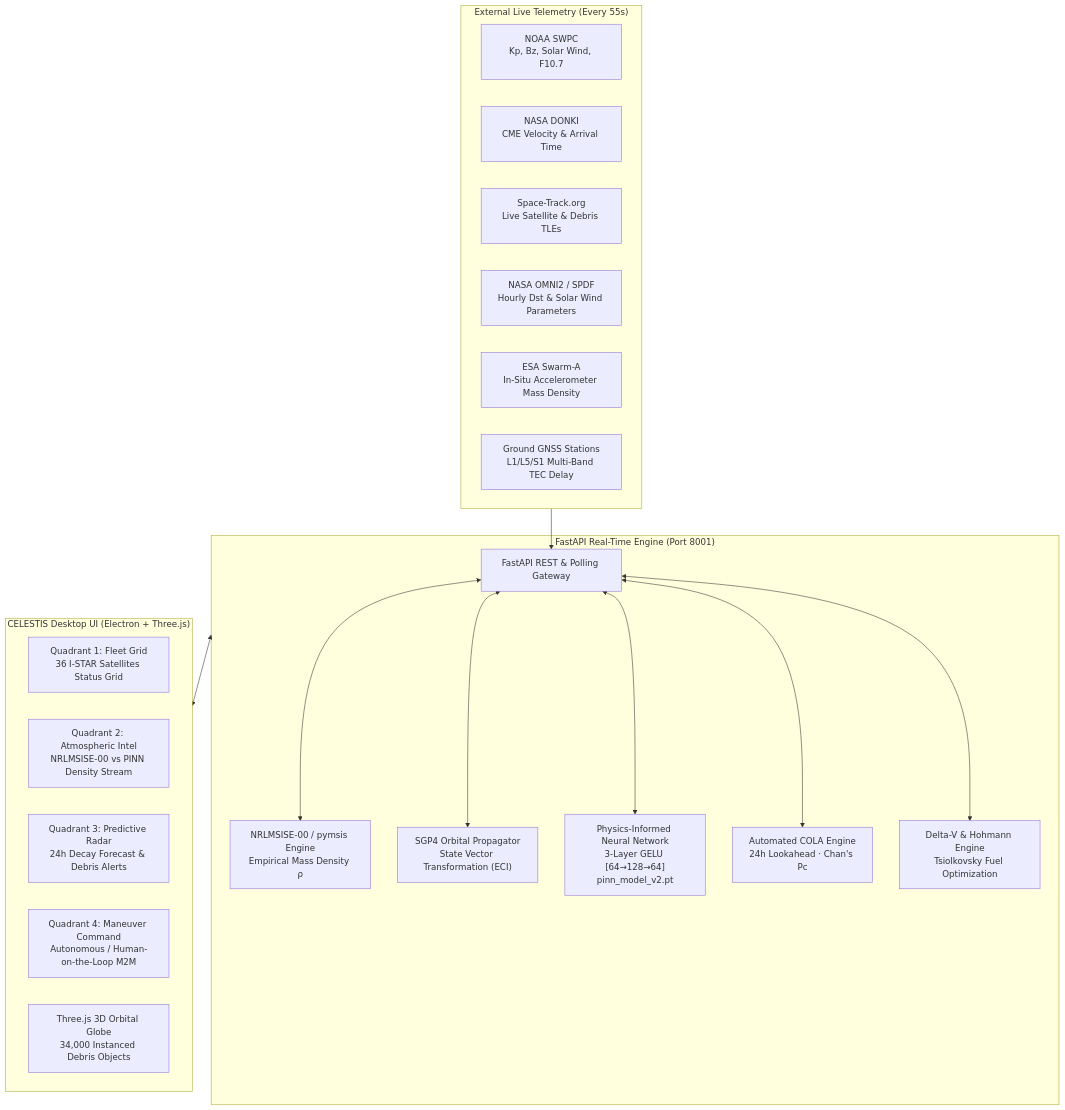
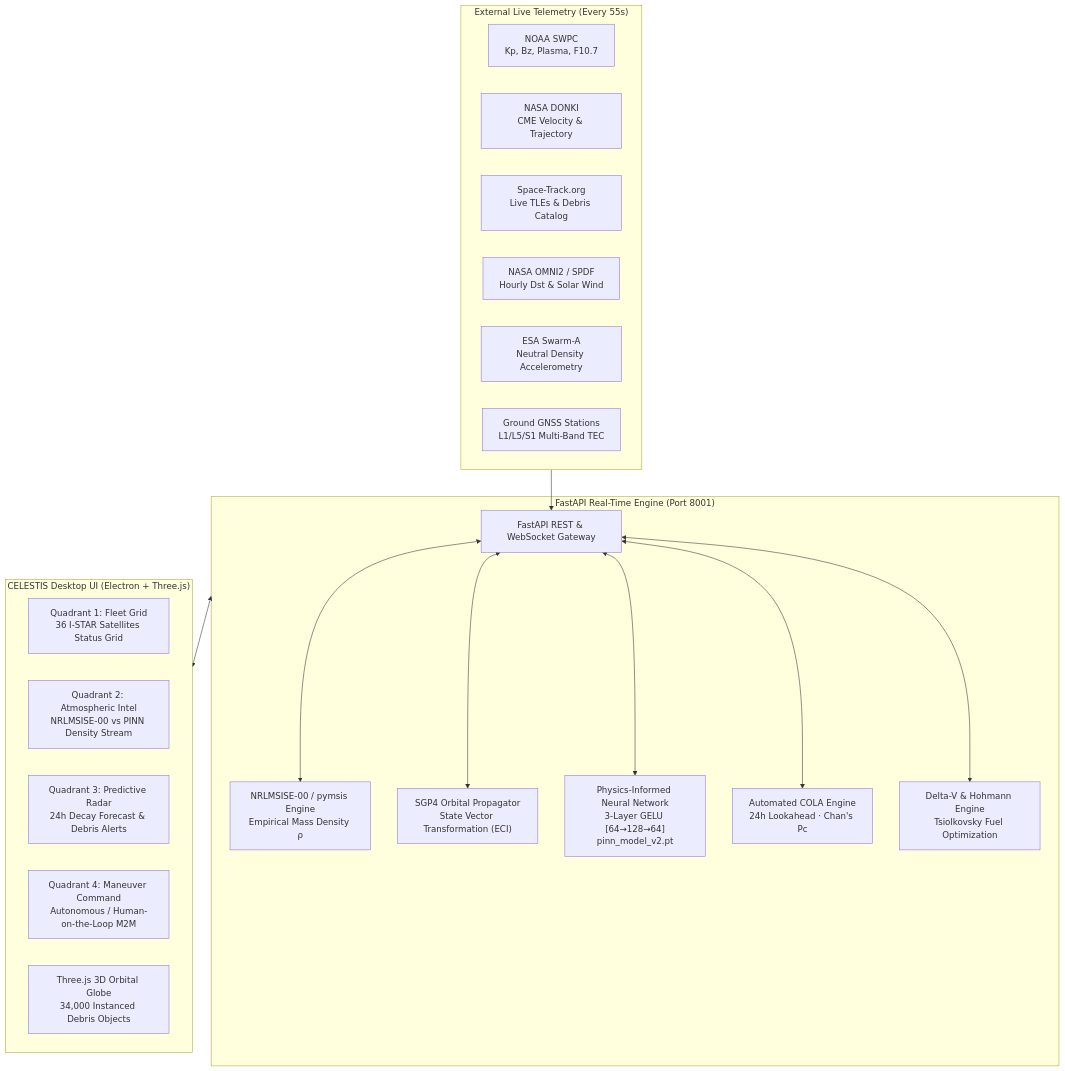
One commit to srinjays/celestis changed the diagram in README.md. Above: the diagram before and after it, drawn with Mermaid. The commit also changed other lines of this file, not shown here.

Commit message:
docs: enrich README with complete tech stack, deep mathematical foundations, API reference, and sole author attribution

````diff
--- a/README.md
+++ b/README.md
@@ -133,36 +249,36 @@
 ```mermaid
 flowchart TB
     subgraph DataSources["External Live Telemetry (Every 55s)"]
-        NOAA["NOAA SWPC<br/>Kp, Bz, Solar Wind, F10.7"]
-        DONKI["NASA DONKI<br/>CME Velocity & Arrival Time"]
-        STRACK["Space-Track.org<br/>Live Satellite & Debris TLEs"]
-        OMNI["NASA OMNI2 / SPDF<br/>Hourly Dst & Solar Wind Parameters"]
-        SWARM["ESA Swarm-A<br/>In-Situ Accelerometer Mass Density"]
-        GNSS["Ground GNSS Stations<br/>L1/L5/S1 Multi-Band TEC Delay"]
+        NOAA["NOAA SWPC<br/>Kp, Bz, Plasma, F10.7"]
+        DONKI["NASA DONKI<br/>CME Velocity & Trajectory"]
+        STRACK["Space-Track.org<br/>Live TLEs & Debris Catalog"]
+        OMNI["NASA OMNI2 / SPDF<br/>Hourly Dst & Solar Wind"]
+        SWARM["ESA Swarm-A<br/>Neutral Density Accelerometry"]
+        GNSS["Ground GNSS Stations<br/>L1/L5/S1 Multi-Band TEC"]
     end
 
     subgraph BackendCore["FastAPI Real-Time Engine (Port 8001)"]
-        API["FastAPI REST & Polling Gateway"]
+        API["FastAPI REST & WebSocket Gateway"]
         MSIS["NRLMSISE-00 / pymsis Engine<br/>Empirical Mass Density ρ"]
         SGP4["SGP4 Orbital Propagator<br/>State Vector Transformation (ECI)"]
         PINN["Physics-Informed Neural Network<br/>3-Layer GELU [64→128→64]<br/>pinn_model_v2.pt"]
         COLA["Automated COLA Engine<br/>24h Lookahead · Chan's Pc"]
         MANEUVER["Delta-V & Hohmann Engine<br/>Tsiolkovsky Fuel Optimization"]
     end
 
     subgraph MissionControl["CELESTIS Desktop UI (Electron + Three.js)"]
         Q1["Quadrant 1: Fleet Grid<br/>36 I-STAR Satellites Status Grid"]
         Q2["Quadrant 2: Atmospheric Intel<br/>NRLMSISE-00 vs PINN Density Stream"]
         Q3["Quadrant 3: Predictive Radar<br/>24h Decay Forecast & Debris Alerts"]
         Q4["Quadrant 4: Maneuver Command<br/>Autonomous / Human-on-the-Loop M2M"]
         GLOBE["Three.js 3D Orbital Globe<br/>34,000 Instanced Debris Objects"]
     end
 
     DataSources --> API
     API <--> MSIS
     API <--> SGP4
     API <--> PINN
     API <--> COLA
     API <--> MANEUVER
     BackendCore <--> MissionControl
 ```
````
